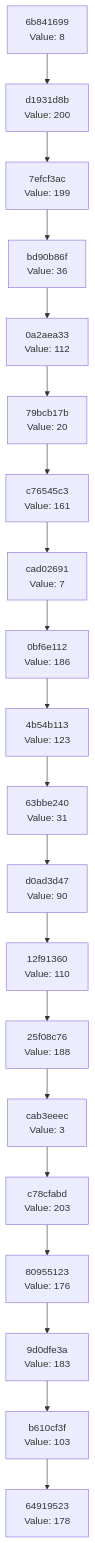
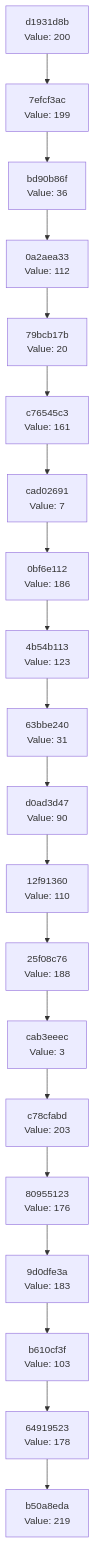
Before and after one commit to Abhisheksinha1506/hash-chain-evolver: the diagram in docs/CHAIN_VISUALIZATION.md, drawn with Mermaid. The commit also changed 2 other files, not shown here.

Commit message:
Evolution Step

````diff
--- a/docs/CHAIN_VISUALIZATION.md
+++ b/docs/CHAIN_VISUALIZATION.md
@@ -3,42 +3,42 @@
 ```mermaid
 graph TD
-    C0["64919523<br/>Value: 178"]
-    C1["b610cf3f<br/>Value: 103"]
+    C0["b50a8eda<br/>Value: 219"]
+    C1["64919523<br/>Value: 178"]
     C1 --> C0
-    C2["9d0dfe3a<br/>Value: 183"]
+    C2["b610cf3f<br/>Value: 103"]
     C2 --> C1
-    C3["80955123<br/>Value: 176"]
+    C3["9d0dfe3a<br/>Value: 183"]
     C3 --> C2
-    C4["c78cfabd<br/>Value: 203"]
+    C4["80955123<br/>Value: 176"]
     C4 --> C3
-    C5["cab3eeec<br/>Value: 3"]
+    C5["c78cfabd<br/>Value: 203"]
     C5 --> C4
-    C6["25f08c76<br/>Value: 188"]
+    C6["cab3eeec<br/>Value: 3"]
     C6 --> C5
-    C7["12f91360<br/>Value: 110"]
+    C7["25f08c76<br/>Value: 188"]
     C7 --> C6
-    C8["d0ad3d47<br/>Value: 90"]
+    C8["12f91360<br/>Value: 110"]
     C8 --> C7
-    C9["63bbe240<br/>Value: 31"]
+    C9["d0ad3d47<br/>Value: 90"]
     C9 --> C8
-    C10["4b54b113<br/>Value: 123"]
+    C10["63bbe240<br/>Value: 31"]
     C10 --> C9
-    C11["0bf6e112<br/>Value: 186"]
+    C11["4b54b113<br/>Value: 123"]
     C11 --> C10
-    C12["cad02691<br/>Value: 7"]
+    C12["0bf6e112<br/>Value: 186"]
     C12 --> C11
-    C13["c76545c3<br/>Value: 161"]
+    C13["cad02691<br/>Value: 7"]
     C13 --> C12
-    C14["79bcb17b<br/>Value: 20"]
+    C14["c76545c3<br/>Value: 161"]
     C14 --> C13
-    C15["0a2aea33<br/>Value: 112"]
+    C15["79bcb17b<br/>Value: 20"]
     C15 --> C14
-    C16["bd90b86f<br/>Value: 36"]
+    C16["0a2aea33<br/>Value: 112"]
     C16 --> C15
-    C17["7efcf3ac<br/>Value: 199"]
+    C17["bd90b86f<br/>Value: 36"]
     C17 --> C16
-    C18["d1931d8b<br/>Value: 200"]
+    C18["7efcf3ac<br/>Value: 199"]
     C18 --> C17
-    C19["6b841699<br/>Value: 8"]
+    C19["d1931d8b<br/>Value: 200"]
     C19 --> C18
 ```
````
